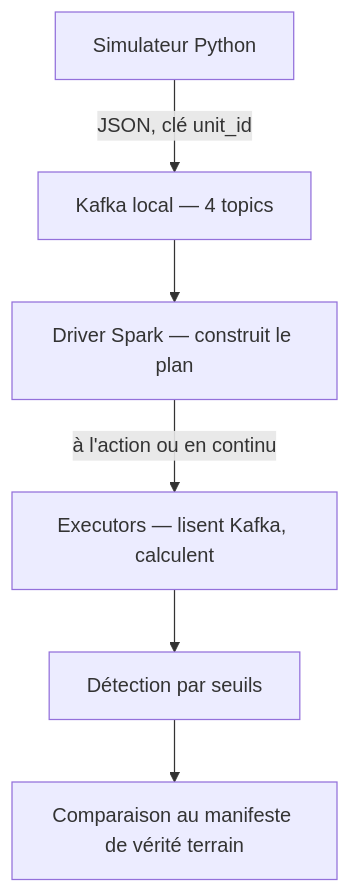
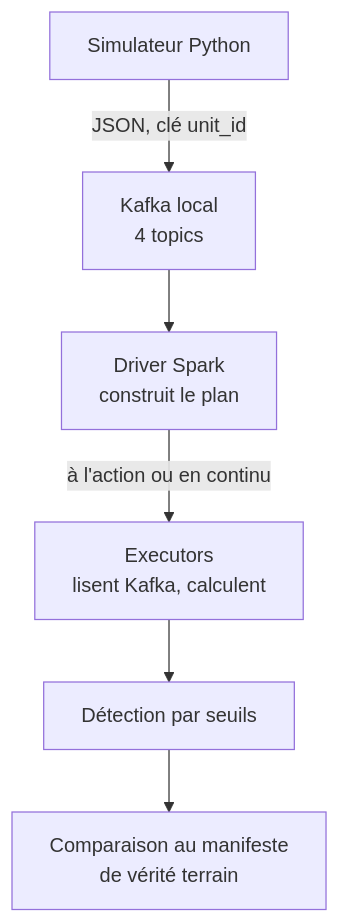
Before and after one commit to thcarole1/ev-powertrain-manufacturing_analytics: the first of 2 diagrams in README.md, drawn with Mermaid. The commit also changed other lines of this file, not shown here.

Commit message:
docs: update README with complete text in each block in MERMAID visuals

````diff
--- a/README.md
+++ b/README.md
@@ -21,8 +21,8 @@
 ```mermaid
 flowchart TD
-    A[Simulateur Python] -->|JSON, clé unit_id| B[Kafka local — 4 topics]
-    B --> C[Driver Spark — construit le plan]
-    C -->|à l'action ou en continu| D[Executors — lisent Kafka, calculent]
-    D --> E[Détection par seuils]
-    E --> F[Comparaison au manifeste de vérité terrain]
+    A["Simulateur Python"] -->|"JSON, clé unit_id"| B["Kafka local<br/>4 topics"]
+    B --> C["Driver Spark<br/>construit le plan"]
+    C -->|"à l'action ou en continu"| D["Executors<br/>lisent Kafka, calculent"]
+    D --> E["Détection par seuils"]
+    E --> F["Comparaison au manifeste<br/>de vérité terrain"]
 ```
````
